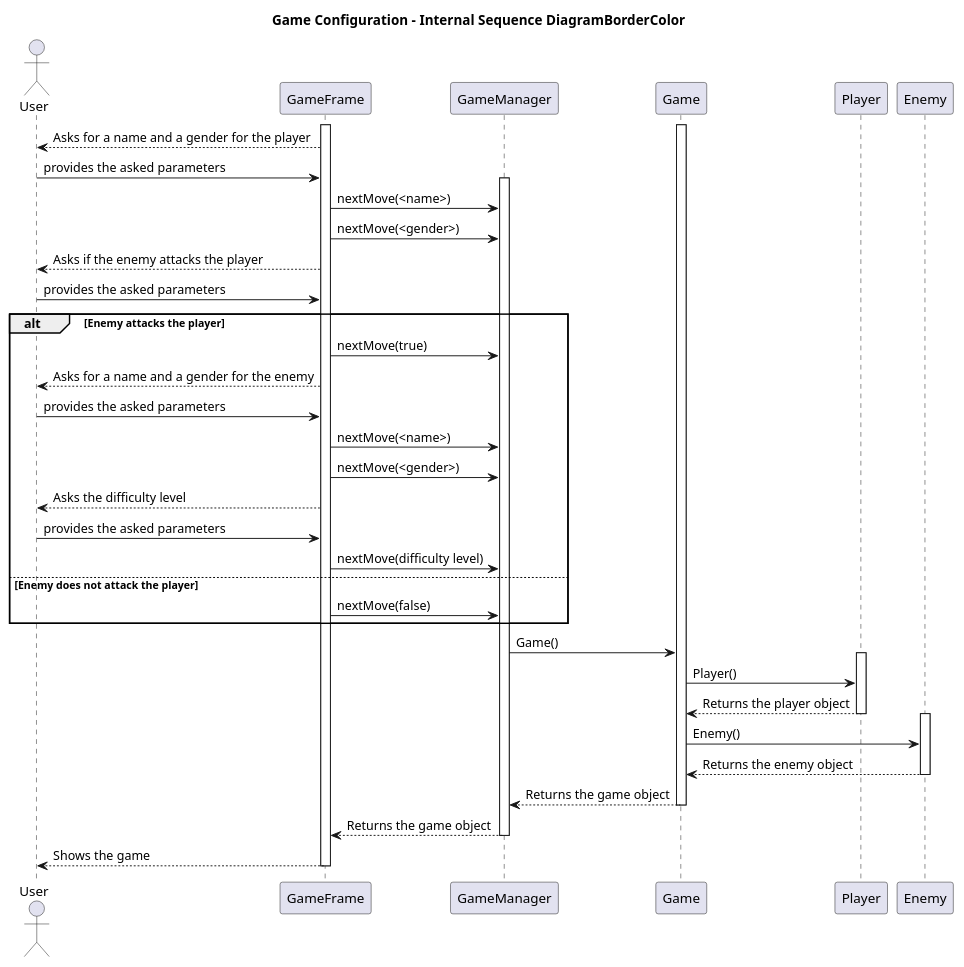
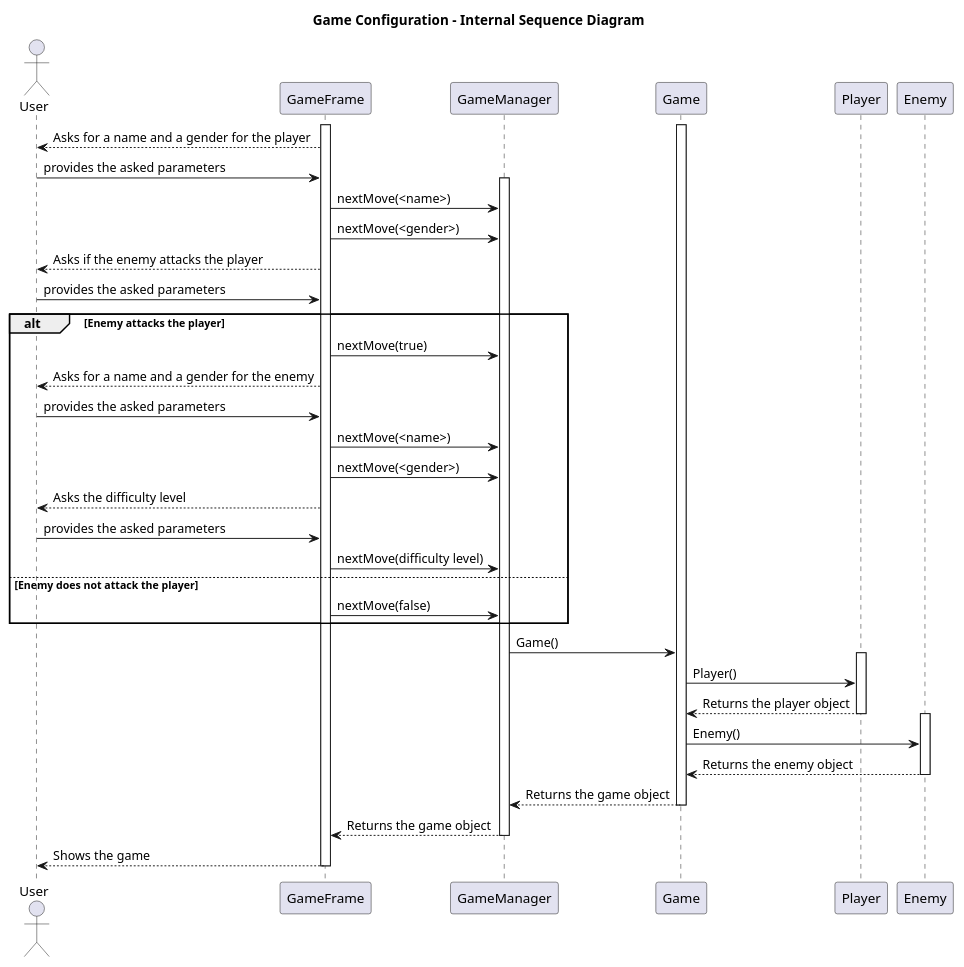
One commit to nardib/TextAdventure changed the diagram in docs/uml/GameConfigurationInternalSequenceDiagram.plantuml. Above: the diagram before and after it, drawn with PlantUML. The commit also changed 8 other files, not shown here.

Commit message:
updated readme and diagrams

```diff
--- a/docs/uml/GameConfigurationInternalSequenceDiagram.plantuml
+++ b/docs/uml/GameConfigurationInternalSequenceDiagram.plantuml
@@ -1,57 +1,57 @@
 @startuml GameConfigurationInternalSequenceDiagram
 
-title Game Configuration - Internal Sequence DiagramBorderColor
+title Game Configuration - Internal Sequence Diagram
 
 actor User
 participant GameFrame
 participant GameManager
 participant Game
 participant Player
 participant Enemy
 
 activate GameFrame
 GameFrame --> User: Asks for a name and a gender for the player
 User -> GameFrame : provides the asked parameters
 activate GameManager
 GameFrame -> GameManager : nextMove(<name>)
 GameFrame -> GameManager : nextMove(<gender>)
 
 GameFrame --> User : Asks if the enemy attacks the player
 User -> GameFrame : provides the asked parameters
 
 alt Enemy attacks the player
     GameFrame -> GameManager : nextMove(true)
     GameFrame --> User : Asks for a name and a gender for the enemy
     User -> GameFrame : provides the asked parameters
     GameFrame -> GameManager : nextMove(<name>)
     GameFrame -> GameManager : nextMove(<gender>)
     GameFrame --> User : Asks the difficulty level
     User -> GameFrame : provides the asked parameters
     GameFrame -> GameManager : nextMove(difficulty level)
 else Enemy does not attack the player
     GameFrame -> GameManager : nextMove(false)
 end
 
 activate Game
 GameManager -> Game: Game()
 
 activate Player
 Game -> Player: Player()
 Player --> Game : Returns the player object
 deactivate Player
 
 activate Enemy
 Game -> Enemy: Enemy()
 Enemy --> Game : Returns the enemy object
 deactivate Enemy
 
 Game --> GameManager : Returns the game object
 deactivate Game
 
 GameManager --> GameFrame : Returns the game object
 deactivate GameManager
 
 GameFrame --> User : Shows the game
 deactivate GameFrame
 
 @enduml
```
